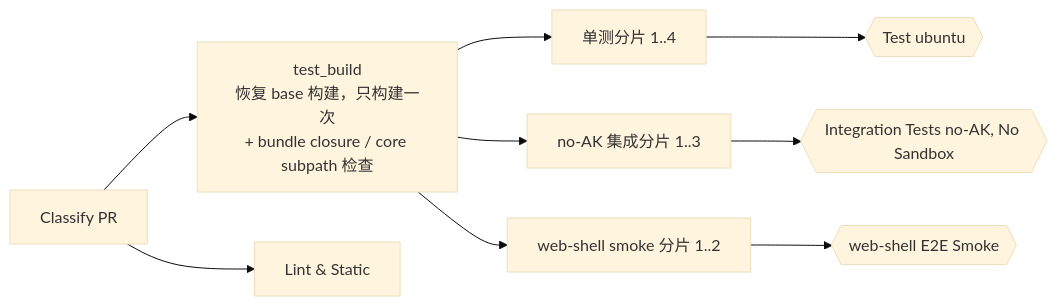
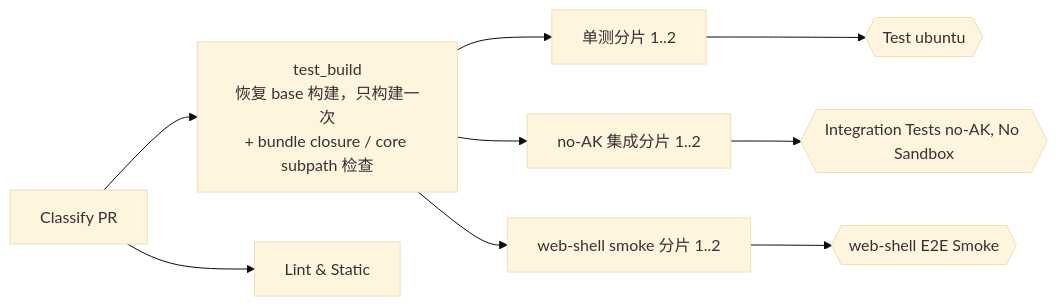
Before and after one commit to QwenLM/qwen-code: the diagram in docs/design/2026-11-06-ci-pr-critical-path.zh-CN.md, drawn with Mermaid (base theme). The commit also changed other lines of this file and 12 other files, not shown here.

````diff
--- a/docs/design/2026-11-06-ci-pr-critical-path.zh-CN.md
+++ b/docs/design/2026-11-06-ci-pr-critical-path.zh-CN.md
@@ -37,11 +37,11 @@
 ```mermaid
 flowchart LR
     C[Classify PR] --> B[test_build<br/>恢复 base 构建，只构建一次<br/>+ bundle closure / core subpath 检查]
     C --> L[Lint & Static]
-    B --> U[单测分片 1..4]
-    B --> I[no-AK 集成分片 1..3]
+    B --> U[单测分片 1..2]
+    B --> I[no-AK 集成分片 1..2]
     B --> W[web-shell smoke 分片 1..2]
     U --> T{{Test ubuntu}}
     I --> R{{Integration Tests no-AK, No Sandbox}}
     W --> WR{{web-shell E2E Smoke}}
 ```
````
